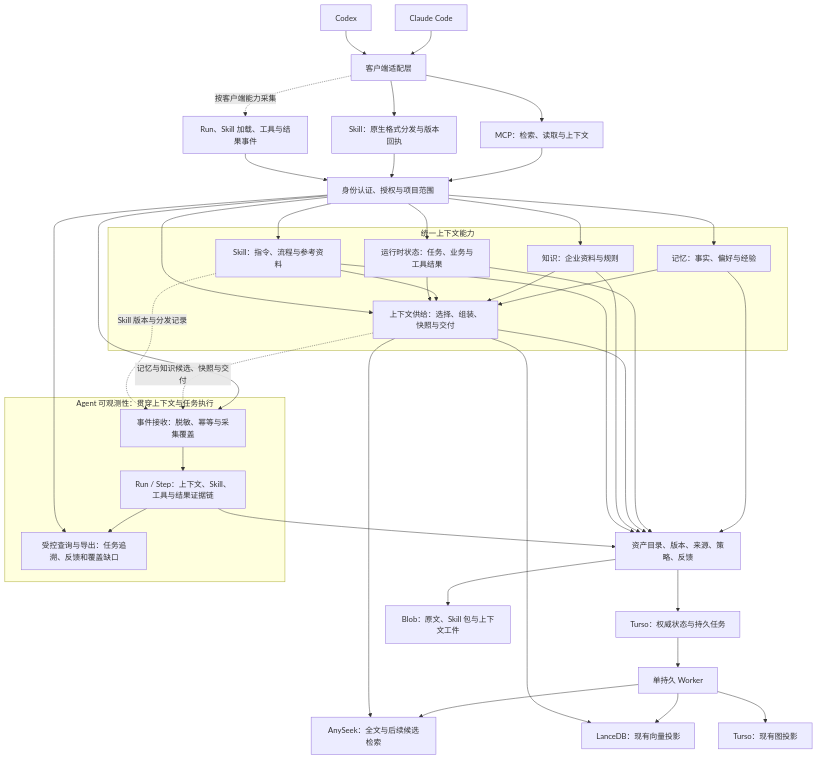
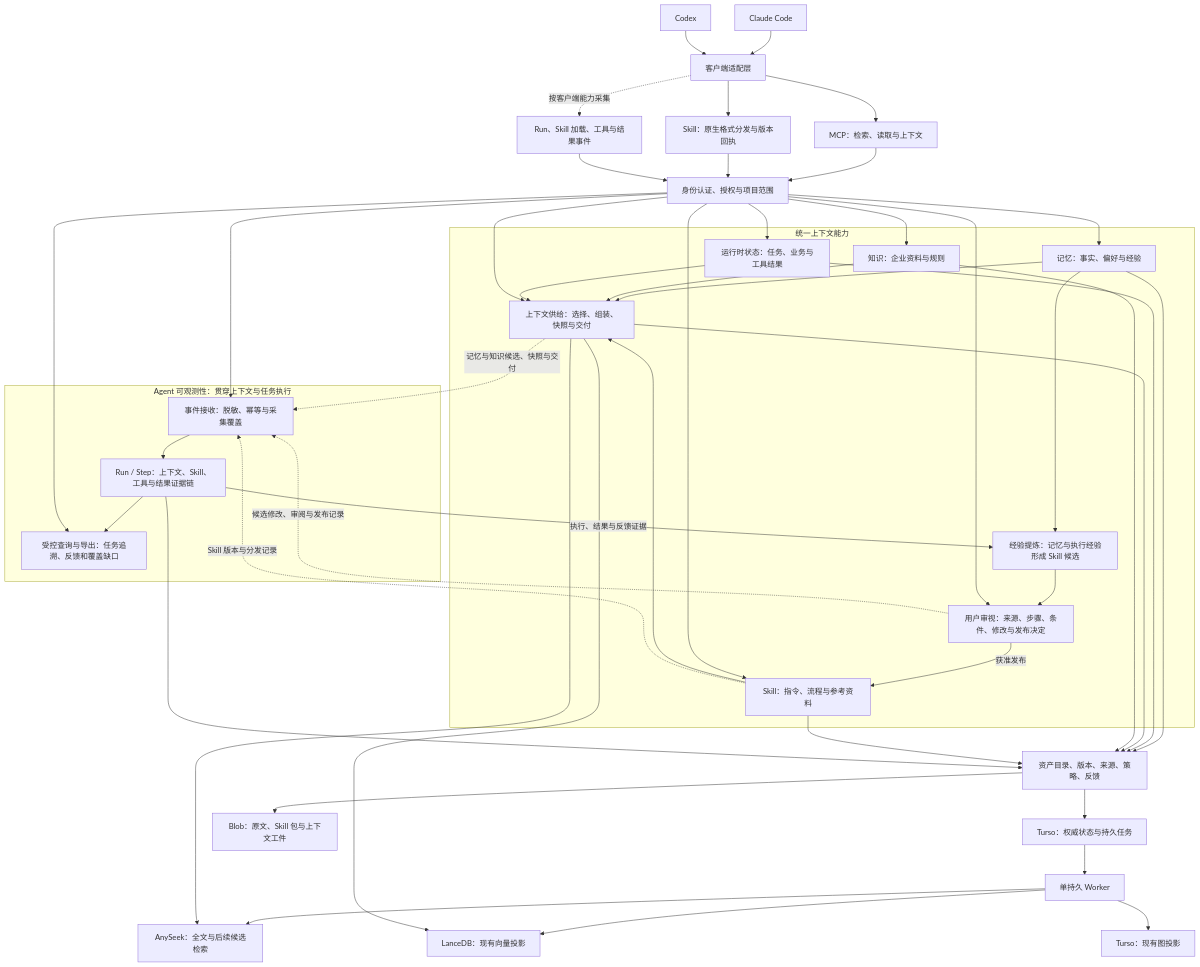
The first of 3 diagrams in docs/superpowers/specs/2026-11-16-agent-data-foundation-architecture.md (TheLudlows/Origence), drawn with Mermaid before and after one commit. The commit also changed other lines of this file and 4 other files, not shown here.

````diff
--- a/docs/superpowers/specs/2026-11-16-agent-data-foundation-architecture.md
+++ b/docs/superpowers/specs/2026-11-16-agent-data-foundation-architecture.md
@@ -53,52 +58,60 @@
 ```mermaid
 flowchart TB
     CC[Claude Code] --> CA[客户端适配层]
     CX[Codex] --> CA
     CA --> MCP[MCP：检索、读取与上下文]
     CA --> SD[Skill：原生格式分发与版本回执]
     CA -. 按客户端能力采集 .-> EV[Run、Skill 加载、工具与结果事件]
     MCP --> AUTH[身份认证、授权与项目范围]
     SD --> AUTH
     EV --> AUTH
     subgraph CONTEXT[统一上下文能力]
         MEM[记忆：事实、偏好与经验]
         KNOW[知识：企业资料与规则]
         SKILL[Skill：指令、流程与参考资料]
+        DISTILL[经验提炼：记忆与执行经验形成 Skill 候选]
+        REVIEW[用户审视：来源、步骤、条件、修改与发布决定]
         STATE[运行时状态：任务、业务与工具结果]
         CTX[上下文供给：选择、组装、快照与交付]
         MEM --> CTX
         KNOW --> CTX
         SKILL --> CTX
         STATE --> CTX
+        MEM --> DISTILL
+        DISTILL --> REVIEW
+        REVIEW -->|获准发布| SKILL
     end
     AUTH --> MEM
     AUTH --> KNOW
     AUTH --> SKILL
+    AUTH --> REVIEW
     AUTH --> STATE
     AUTH --> CTX
     subgraph OBS[Agent 可观测性：贯穿上下文与任务执行]
         ING[事件接收：脱敏、幂等与采集覆盖]
         RUN[Run / Step：上下文、Skill、工具与结果证据链]
         TRACE[受控查询与导出：任务追溯、反馈和覆盖缺口]
         ING --> RUN
         RUN --> TRACE
     end
     AUTH --> ING
     AUTH --> TRACE
     CTX -. 记忆与知识候选、快照与交付 .-> ING
     SKILL -. Skill 版本与分发记录 .-> ING
+    REVIEW -. 候选修改、审阅与发布记录 .-> ING
+    RUN -->|执行、结果与反馈证据| DISTILL
     MEM --> CORE[资产目录、版本、来源、策略、反馈]
     STATE --> CORE
     CTX --> CORE
     KNOW --> CORE
     SKILL --> CORE
     RUN --> CORE
     CORE --> DB[Turso：权威状态与持久任务]
     CORE --> BLOB[Blob：原文、Skill 包与上下文工件]
     DB --> WORK[单持久 Worker]
     WORK --> AS[AnySeek：全文与后续候选检索]
     WORK --> LV[LanceDB：现有向量投影]
     WORK --> GP[Turso：现有图投影]
     CTX --> AS
     CTX --> LV
 ```
````
